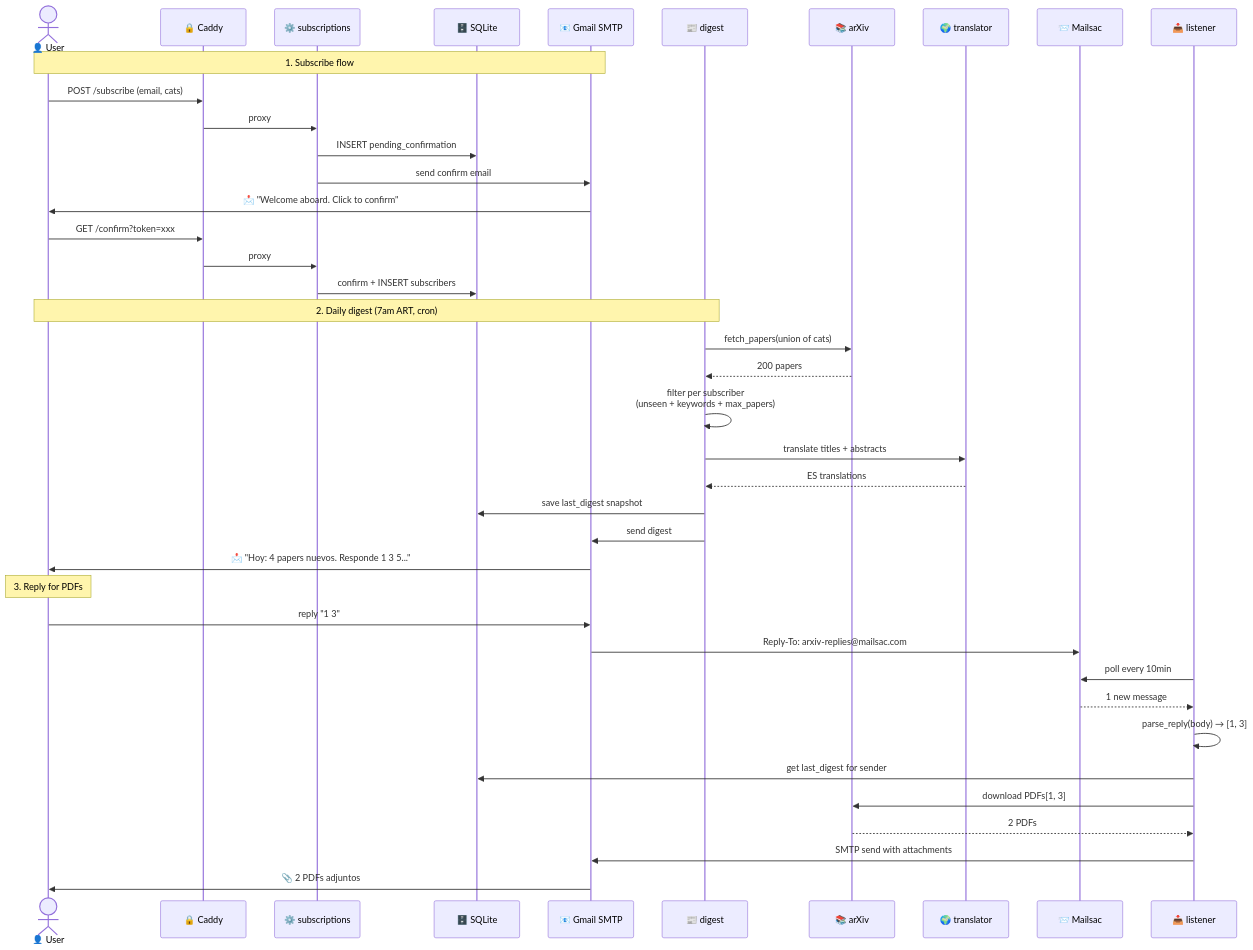
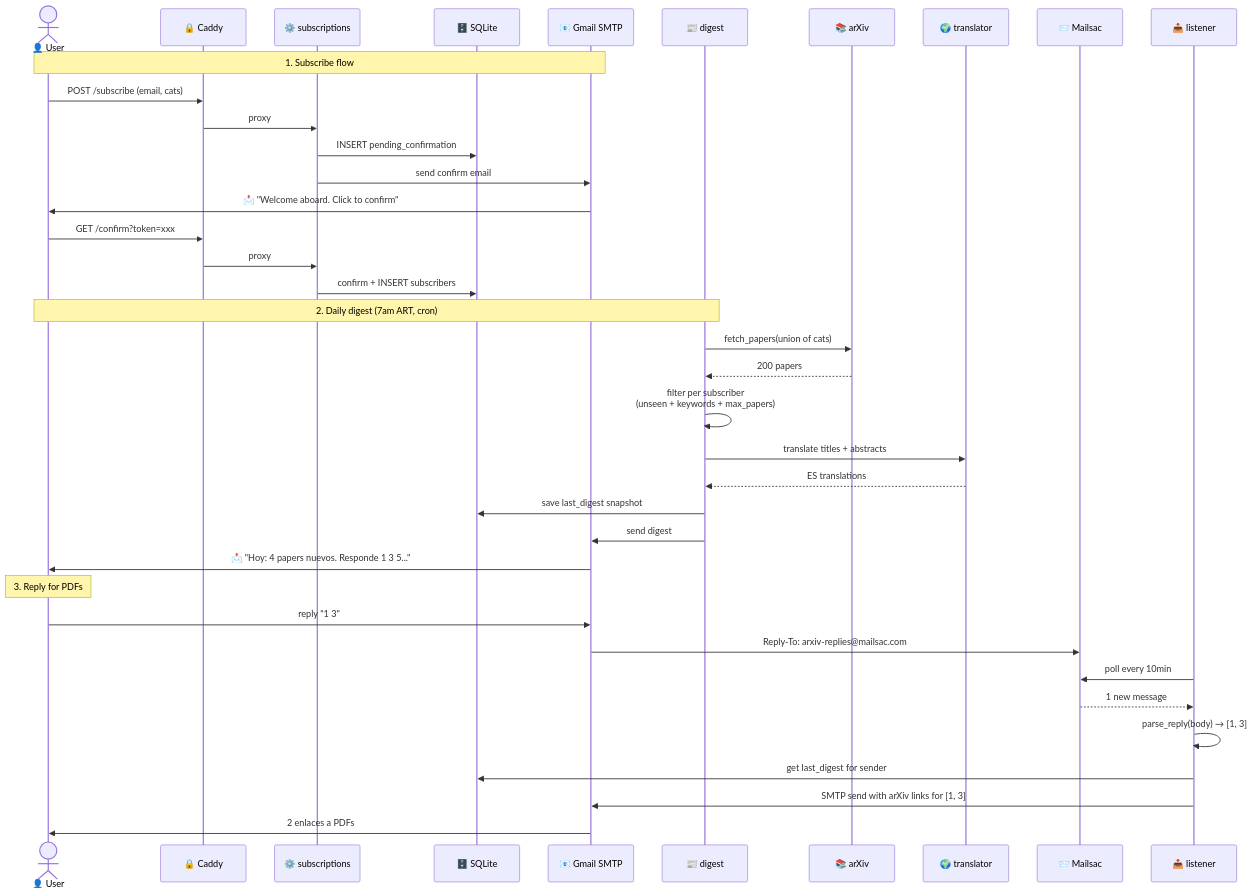
The second of 2 diagrams in docs/ARCHITECTURE.md (f3r21/arxiv-digest), drawn with Mermaid before and after one commit. The commit also changed other lines of this file and 7 other files, not shown here.

First line of the commit message:
docs: describe reply flow as PDF links instead of attachments

````diff
--- a/docs/ARCHITECTURE.md
+++ b/docs/ARCHITECTURE.md
@@ -66,45 +65,43 @@
 ```mermaid
 sequenceDiagram
     actor U as 👤 User
     participant C as 🔒 Caddy
     participant S as ⚙️ subscriptions
     participant DB as 🗄️ SQLite
     participant G as 📧 Gmail SMTP
     participant D as 📰 digest
     participant A as 📚 arXiv
     participant T as 🌍 translator
     participant M as 📨 Mailsac
     participant L as 📥 listener
 
     Note over U,G: 1. Subscribe flow
     U->>C: POST /subscribe (email, cats)
     C->>S: proxy
     S->>DB: INSERT pending_confirmation
     S->>G: send confirm email
     G->>U: 📩 "Welcome aboard. Click to confirm"
     U->>C: GET /confirm?token=xxx
     C->>S: proxy
     S->>DB: confirm + INSERT subscribers
 
     Note over D,U: 2. Daily digest (7am ART, cron)
     D->>A: fetch_papers(union of cats)
     A-->>D: 200 papers
     D->>D: filter per subscriber<br/>(unseen + keywords + max_papers)
     D->>T: translate titles + abstracts
     T-->>D: ES translations
     D->>DB: save last_digest snapshot
     D->>G: send digest
     G->>U: 📩 "Hoy: 4 papers nuevos. Responde 1 3 5..."
 
     Note over U,U: 3. Reply for PDFs
     U->>G: reply "1 3"
     G->>M: Reply-To: arxiv-replies@mailsac.com
     L->>M: poll every 10min
     M-->>L: 1 new message
     L->>L: parse_reply(body) → [1, 3]
     L->>DB: get last_digest for sender
-    L->>A: download PDFs[1, 3]
-    A-->>L: 2 PDFs
-    L->>G: SMTP send with attachments
-    G->>U: 📎 2 PDFs adjuntos
+    L->>G: SMTP send with arXiv links for [1, 3]
+    G->>U: 2 enlaces a PDFs
 ```
````
